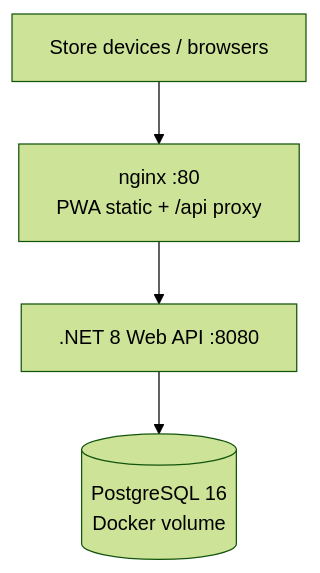
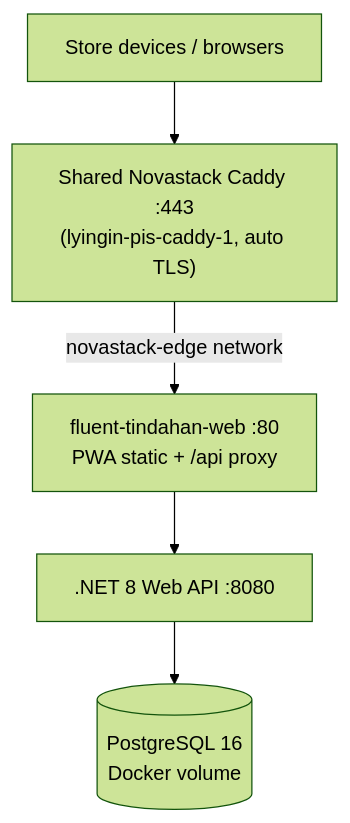
One commit to NovastackTech/fluent-tindahan changed the second of 3 diagrams in tindahan/04 - Developer Guides/CI-CD & Deployment.md. Above: the diagram before and after it, drawn with Mermaid (forest theme). The commit also changed other lines of this file and 29 other files, not shown here.

````diff
--- a/tindahan/04 - Developer Guides/CI-CD & Deployment.md
+++ b/tindahan/04 - Developer Guides/CI-CD & Deployment.md
@@ -52,6 +52,7 @@
 ```mermaid
 graph TB
-    Client["Store devices / browsers"] --> Nginx["nginx :80\nPWA static + /api proxy"]
+    Client["Store devices / browsers"] --> Caddy["Shared Novastack Caddy :443\n(lyingin-pis-caddy-1, auto TLS)"]
+    Caddy -->|"novastack-edge network"| Nginx["fluent-tindahan-web :80\nPWA static + /api proxy"]
     Nginx --> API[".NET 8 Web API :8080"]
     API --> PG[("PostgreSQL 16\nDocker volume")]
 ```
````
